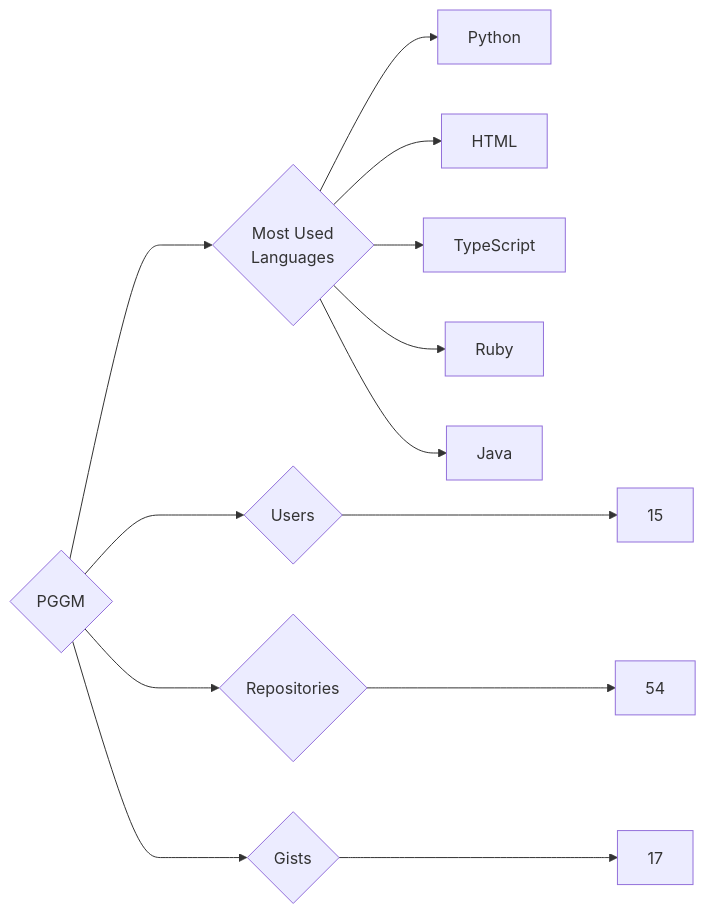
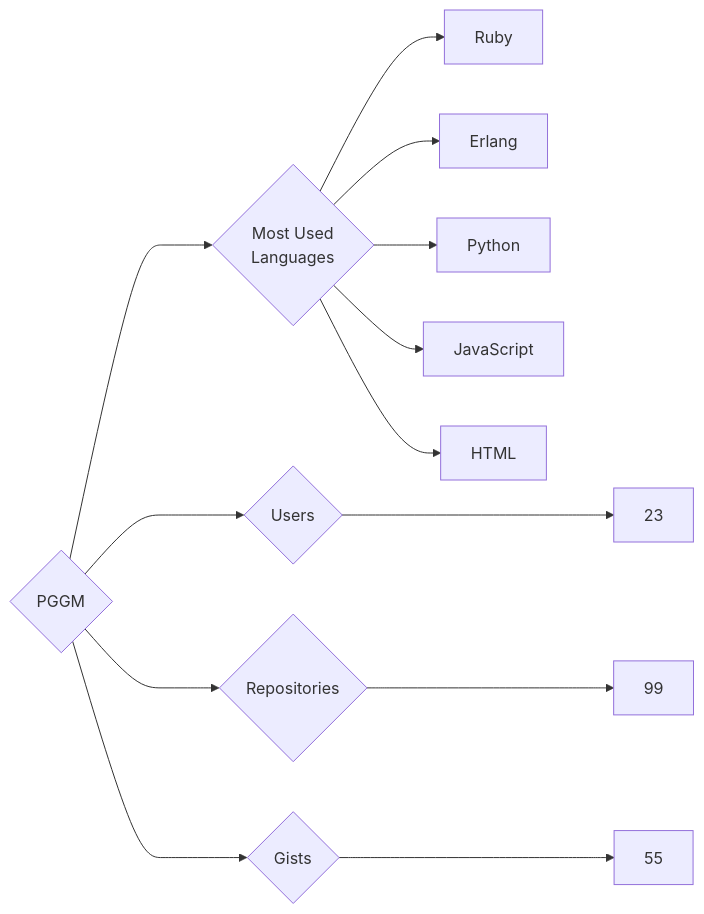
One commit to trickest/insiders changed the diagram in targets/PGGM/README.md. Above: the diagram before and after it, drawn with Mermaid. The commit also changed 928 other files, not shown here.

````diff
--- a/targets/PGGM/README.md
+++ b/targets/PGGM/README.md
@@ -3,13 +3,13 @@
 ```mermaid
 graph LR
 COMPANY_NAME{PGGM}
-COMPANY_NAME ---> U{Users} ---> UN[15]
-COMPANY_NAME ---> R{Repositories} ---> RN[54]
-COMPANY_NAME ---> G{Gists} ---> GN[17]
+COMPANY_NAME ---> U{Users} ---> UN[23]
+COMPANY_NAME ---> R{Repositories} ---> RN[99]
+COMPANY_NAME ---> G{Gists} ---> GN[55]
 COMPANY_NAME ---> ML{Most Used<br>Languages}
+ML --> Ruby[Ruby]
+ML --> Erlang[Erlang]
 ML --> Python[Python]
+ML --> JavaScript[JavaScript]
 ML --> HTML[HTML]
-ML --> TypeScript[TypeScript]
-ML --> Ruby[Ruby]
-ML --> Java[Java]
 ```
````
